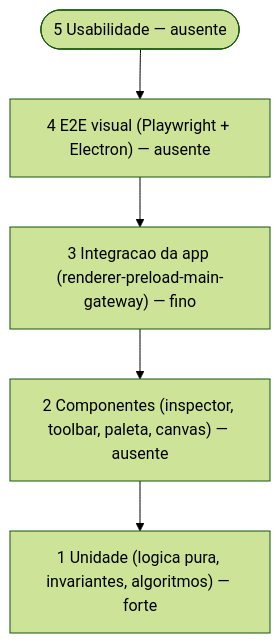
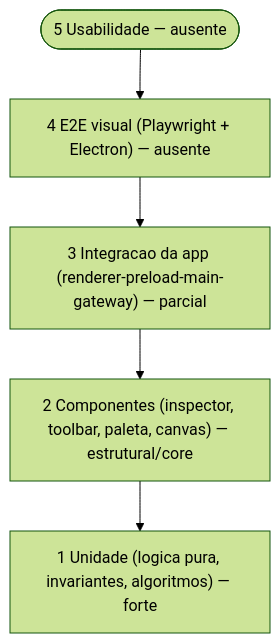
Before and after one commit to flaviotinococoutinho/Gridsmith: the sixth of 8 diagrams in docs/ARCHITECTURE-SPEC.md, drawn with Mermaid (forest theme). The commit also changed other lines of this file and 63 other files, not shown here.

````diff
--- a/docs/ARCHITECTURE-SPEC.md
+++ b/docs/ARCHITECTURE-SPEC.md
@@ -974,9 +976,9 @@
 ```mermaid
 graph TD
   N5(["5 Usabilidade — ausente"])
   N4["4 E2E visual (Playwright + Electron) — ausente"]
-  N3["3 Integracao da app (renderer-preload-main-gateway) — fino"]
-  N2["2 Componentes (inspector, toolbar, paleta, canvas) — ausente"]
+  N3["3 Integracao da app (renderer-preload-main-gateway) — parcial"]
+  N2["2 Componentes (inspector, toolbar, paleta, canvas) — estrutural/core"]
   N1["1 Unidade (logica pura, invariantes, algoritmos) — forte"]
   N5 --> N4 --> N3 --> N2 --> N1
 ```
````
